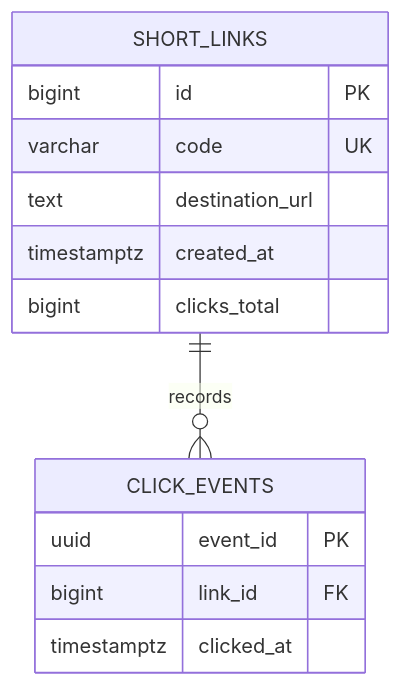
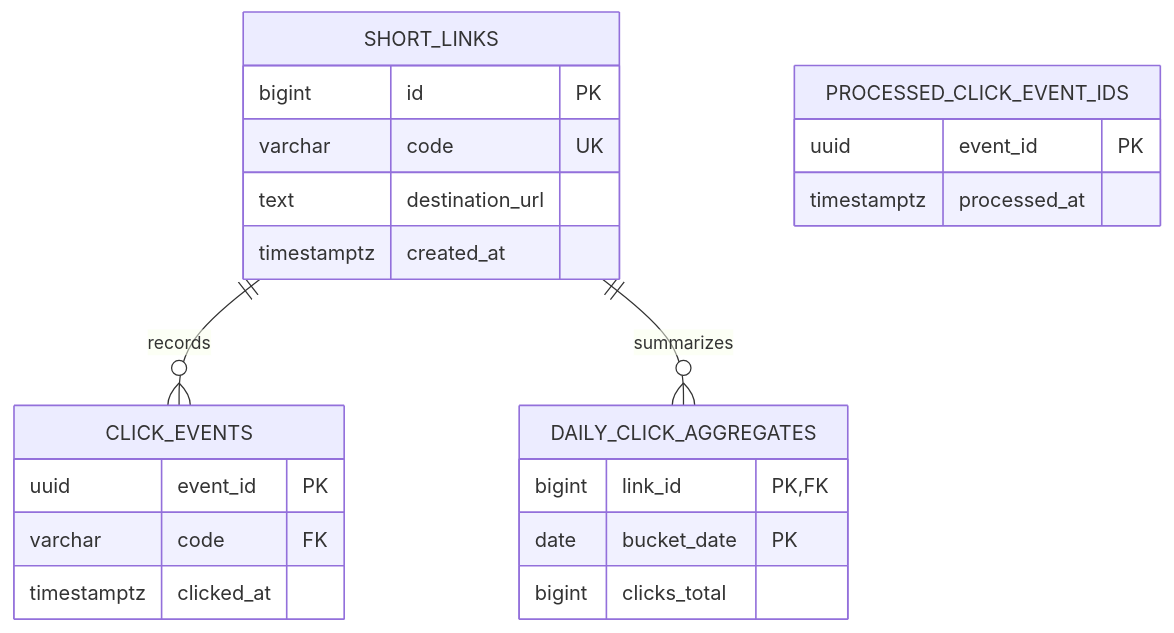
The diagram in docs/05-risk-assumptions-database-design.md (mallesh-dba/url-shortener), drawn with Mermaid before and after one commit. The commit also changed other lines of this file and 35 other files, not shown here.

````diff
--- a/docs/05-risk-assumptions-database-design.md
+++ b/docs/05-risk-assumptions-database-design.md
@@ -44,16 +48,25 @@
 ```mermaid
 erDiagram
     SHORT_LINKS ||--o{ CLICK_EVENTS : records
+    SHORT_LINKS ||--o{ DAILY_CLICK_AGGREGATES : summarizes
     SHORT_LINKS {
         bigint id PK
         varchar code UK
         text destination_url
         timestamptz created_at
-        bigint clicks_total
     }
     CLICK_EVENTS {
         uuid event_id PK
-        bigint link_id FK
+        varchar code FK
         timestamptz clicked_at
     }
+    DAILY_CLICK_AGGREGATES {
+        bigint link_id PK, FK
+        date bucket_date PK
+        bigint clicks_total
+    }
+    PROCESSED_CLICK_EVENT_IDS {
+        uuid event_id PK
+        timestamptz processed_at
+    }
 ```
````
